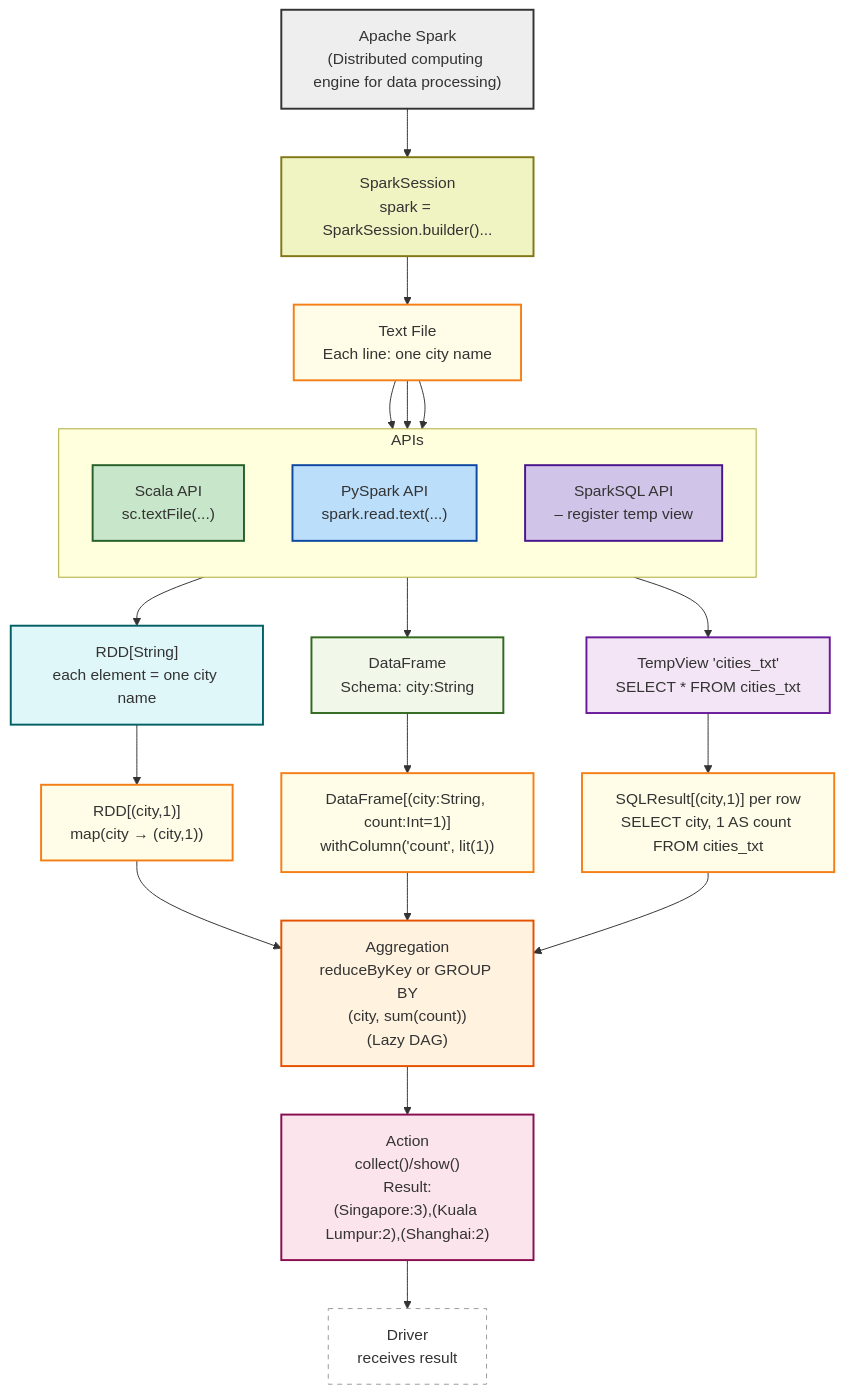
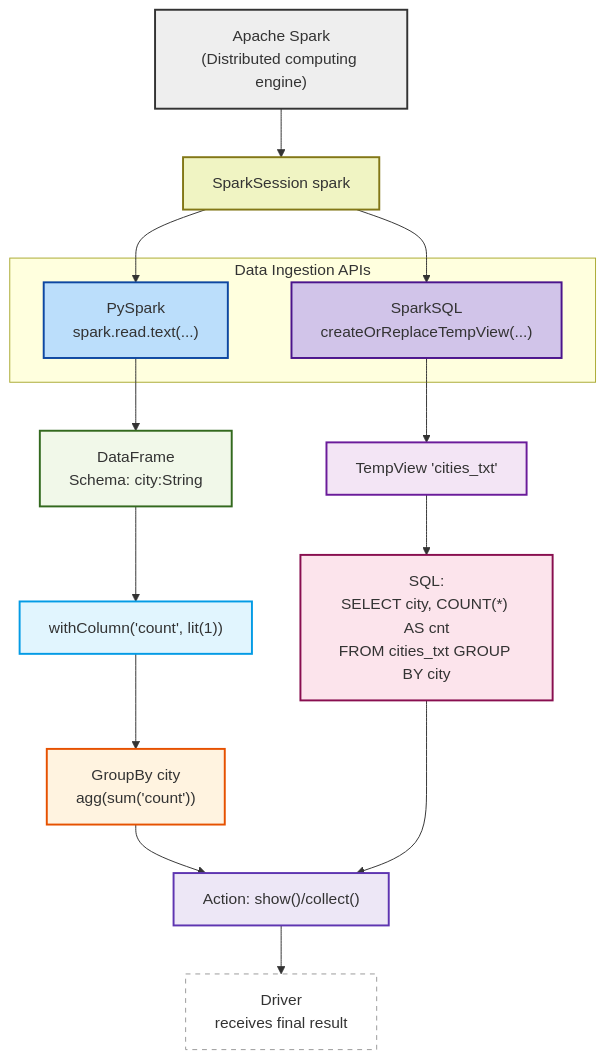
The first of 3 diagrams in README.md (blaire101/Spark-Journey-2025), drawn with Mermaid before and after one commit.

````diff
--- a/README.md
+++ b/README.md
@@ -5,48 +5,37 @@
 ```mermaid
 flowchart TB
-    SPARK["Apache Spark<br>(Distributed computing engine for data processing)"]
-    Session["SparkSession<br>spark = SparkSession.builder()..."]
+    SPARK["Apache Spark<br>(Distributed computing engine)"]
+    Session["SparkSession spark"]
 
-    TextFile["Text File<br>Each line: one city name"]
-
-    subgraph APIs
-      direction TB
-      ScalaAPI["Scala API<br>sc.textFile(...)"]
-      PyAPI["PySpark API<br>spark.read.text(...)"]
-      SQLAPI["SparkSQL API<br>– register temp view"]
+    subgraph APIs ["Data Ingestion APIs"]
+      PyAPI["PySpark<br>spark.read.text(...)"]
+      SQLAPI["SparkSQL<br>createOrReplaceTempView(...)"]
     end
 
     SPARK --> Session
-    Session --> TextFile
-    TextFile --> ScalaAPI
-    TextFile --> PyAPI
-    TextFile --> SQLAPI
+    Session --> PyAPI
+    Session --> SQLAPI
 
-    ScalaAPI --> RDD1["RDD[String]<br>each element = one city name"]
-    PyAPI   --> DF1["DataFrame<br>Schema: city:String"]
-    SQLAPI  --> TempView["TempView 'cities_txt'<br>SELECT * FROM cities_txt"]
+    PyAPI --> DF1["DataFrame<br>Schema: city:String"]
+    SQLAPI --> TempView["TempView 'cities_txt'"]
 
-    RDD1 --> KV1["RDD[(city,1)]<br>map(city → (city,1))"]
-    DF1  --> KV2["DataFrame[(city:String, count:Int=1)]<br>withColumn('count', lit(1))"]
-    TempView --> SQL1["SQLResult[(city,1)] per row<br>SELECT city, 1 AS count FROM cities_txt"]
+    DF1 --> WithCount["withColumn('count', lit(1))"]
+    TempView --> SQL1["SQL:<br>SELECT city, COUNT(*) AS cnt<br>FROM cities_txt GROUP BY city"]
 
-    KV1 & KV2 & SQL1 --> Reduce["Aggregation<br>reduceByKey or GROUP BY<br>(city, sum(count))<br>(Lazy DAG)"]
-    Reduce --> Action["Action<br>collect()/show()<br>Result:<br>(Singapore:3),(Kuala Lumpur:2),(Shanghai:2)"]
-    Action --> Driver["Driver<br>receives result"]
+    WithCount --> GroupByDF["GroupBy city<br>agg(sum('count'))"]
+    GroupByDF & SQL1 --> Action["Action: show()/collect()"]
+    Action --> Driver["Driver<br>receives final result"]
 
+    %% Styling
     style SPARK    fill:#eeeeee,stroke:#333,stroke-width:2px
     style Session  fill:#f0f4c3,stroke:#827717,stroke-width:2px
-    style TextFile fill:#fffde7,stroke:#f57f17,stroke-width:2px
-    style ScalaAPI fill:#c8e6c9,stroke:#256029,stroke-width:2px
     style PyAPI    fill:#bbdefb,stroke:#0d47a1,stroke-width:2px
     style SQLAPI   fill:#d1c4e9,stroke:#4a148c,stroke-width:2px
-    style RDD1     fill:#e0f7fa,stroke:#006064,stroke-width:2px
     style DF1      fill:#f1f8e9,stroke:#33691e,stroke-width:2px
+    style WithCount fill:#e1f5fe,stroke:#039be5,stroke-width:2px
+    style GroupByDF fill:#fff3e0,stroke:#e65100,stroke-width:2px
     style TempView fill:#f3e5f5,stroke:#6a1b9a,stroke-width:2px
-    style KV1      fill:#fffde7,stroke:#f57f17,stroke-width:2px
-    style KV2      fill:#fffde7,stroke:#f57f17,stroke-width:2px
-    style SQL1     fill:#fffde7,stroke:#f57f17,stroke-width:2px
-    style Reduce   fill:#fff3e0,stroke:#e65100,stroke-width:2px
-    style Action   fill:#fce4ec,stroke:#880e4f,stroke-width:2px
+    style SQL1     fill:#fce4ec,stroke:#880e4f,stroke-width:2px
+    style Action   fill:#ede7f6,stroke:#5e35b1,stroke-width:2px
     style Driver   fill:#ffffff,stroke:#999,stroke-width:1px,stroke-dasharray:5 5
 ```
````
